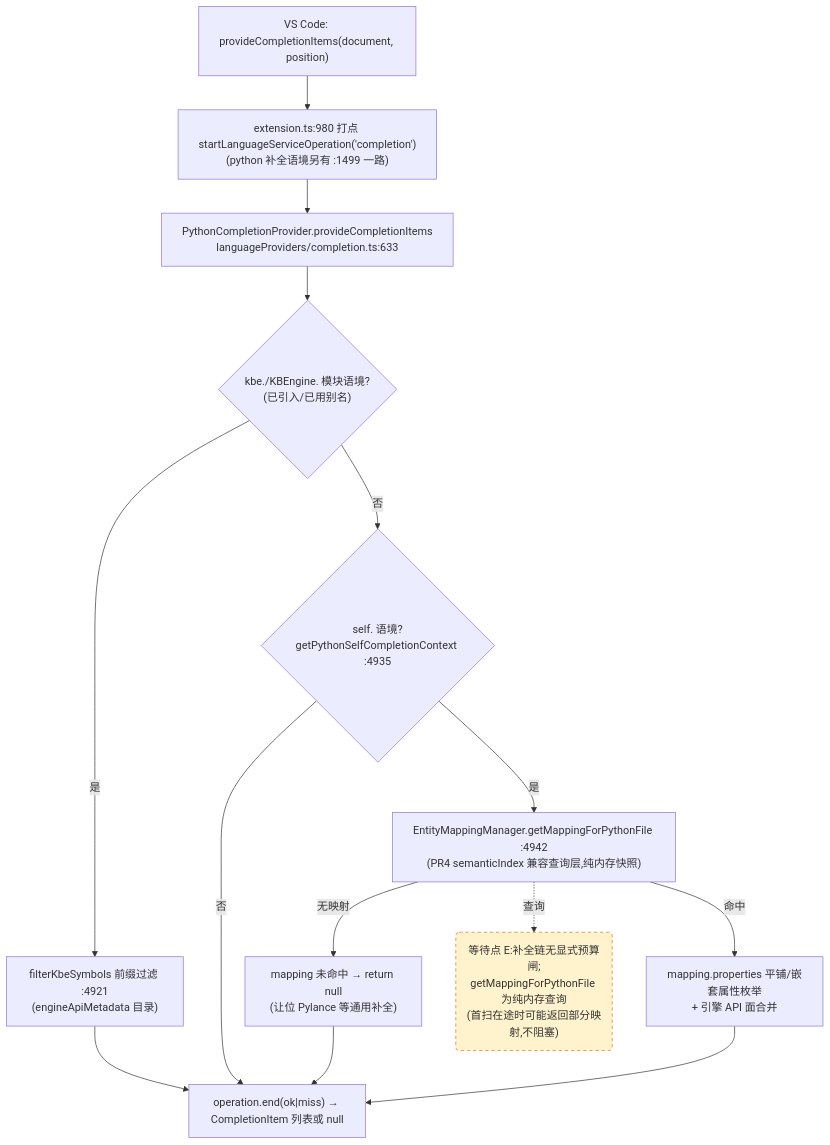
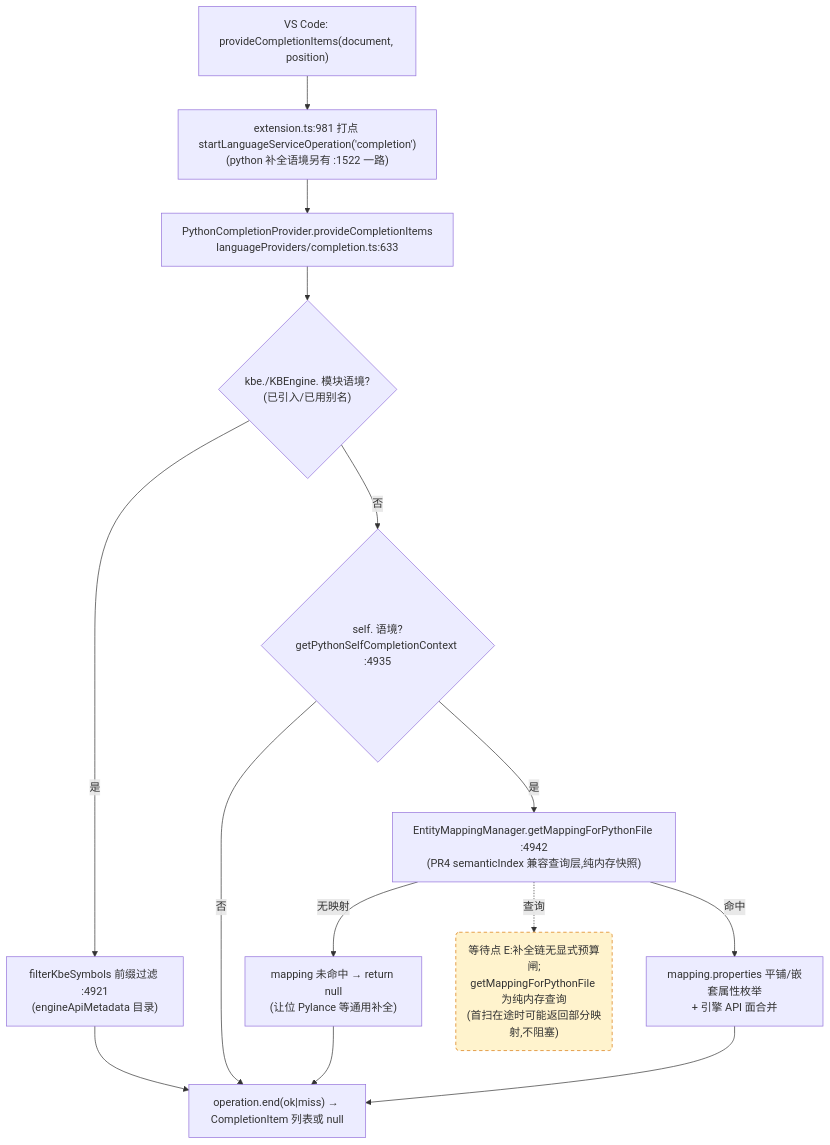
Before and after one commit to cuihairu/kode: the third of 4 diagrams in docs/perf/2026-baseline.md, drawn with Mermaid. The commit also changed other lines of this file and 3 other files, not shown here.

````diff
--- a/docs/perf/2026-baseline.md
+++ b/docs/perf/2026-baseline.md
@@ -184,27 +184,27 @@
 ```mermaid
 flowchart TD
   VC3["VS Code: provideCompletionItems(document, position)"]
-  M3["extension.ts:980 打点 startLanguageServiceOperation('completion')<br/>(python 补全语境另有 :1499 一路)"]
+  M3["extension.ts:981 打点 startLanguageServiceOperation('completion')<br/>(python 补全语境另有 :1522 一路)"]
   CP["PythonCompletionProvider.provideCompletionItems<br/>languageProviders/completion.ts:633"]
   KBEC{"kbe./KBEngine. 模块语境?<br/>(已引入/已用别名)"}
   FILTER["filterKbeSymbols 前缀过滤 :4921<br/>(engineApiMetadata 目录)"]
   SELFC{"self. 语境?<br/>getPythonSelfCompletionContext :4935"}
   MAP["EntityMappingManager.getMappingForPythonFile :4942<br/>(PR4 semanticIndex 兼容查询层,纯内存快照)"]
   NOMAP["mapping 未命中 → return null<br/>(让位 Pylance 等通用补全)"]
   PROPS["mapping.properties 平铺/嵌套属性枚举<br/>+ 引擎 API 面合并"]
   END3["operation.end(ok|miss) → CompletionItem 列表或 null"]
 
   VC3 --> M3 --> CP --> KBEC
   KBEC -- "是" --> FILTER --> END3
   KBEC -- "否" --> SELFC
   SELFC -- "否" --> END3
   SELFC -- "是" --> MAP
   MAP -- "无映射" --> NOMAP --> END3
   MAP -- "命中" --> PROPS --> END3
 
   WAITE("等待点 E:补全链无显式预算闸;<br/>getMappingForPythonFile 为纯内存查询<br/>(首扫在途时可能返回部分映射,不阻塞)")
   MAP -.->|查询| WAITE
 
   classDef waitPoint fill:#fff3cd,stroke:#d97706,stroke-dasharray:5 4;
   class WAITE waitPoint;
 ```
````
